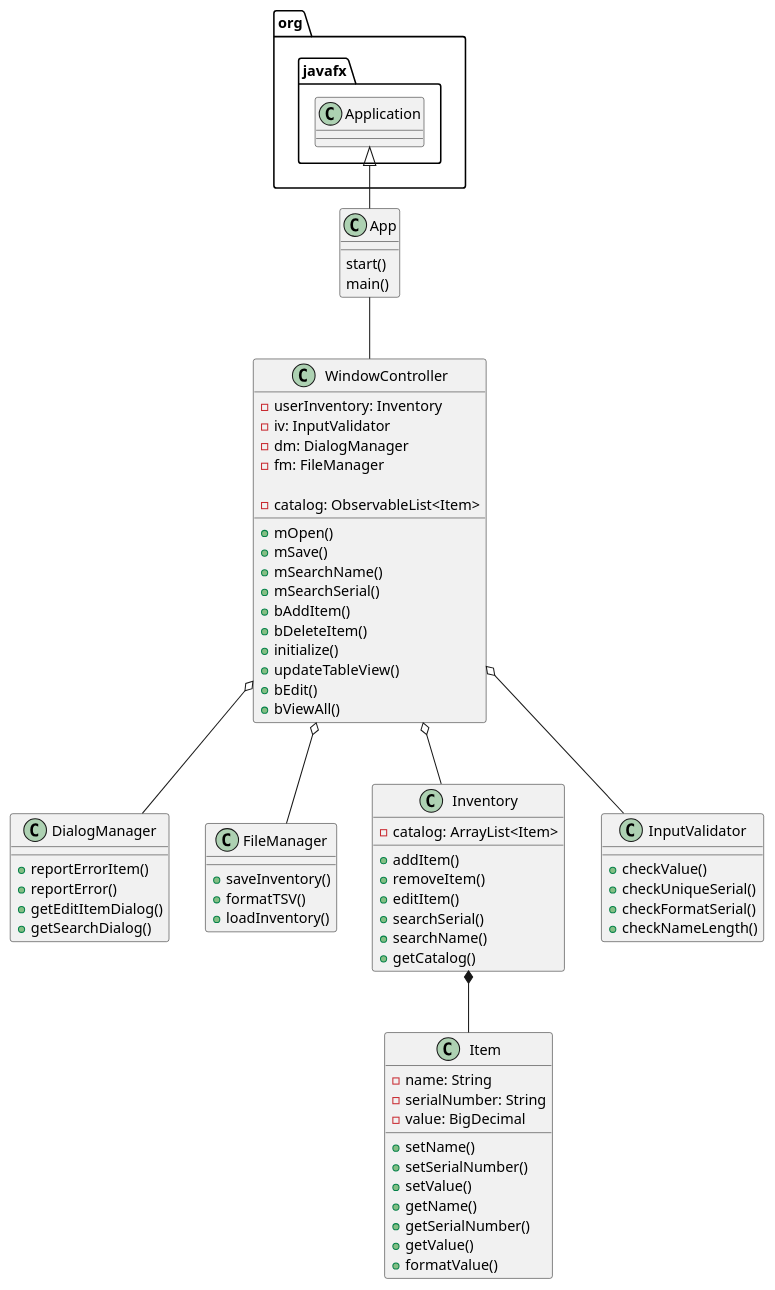
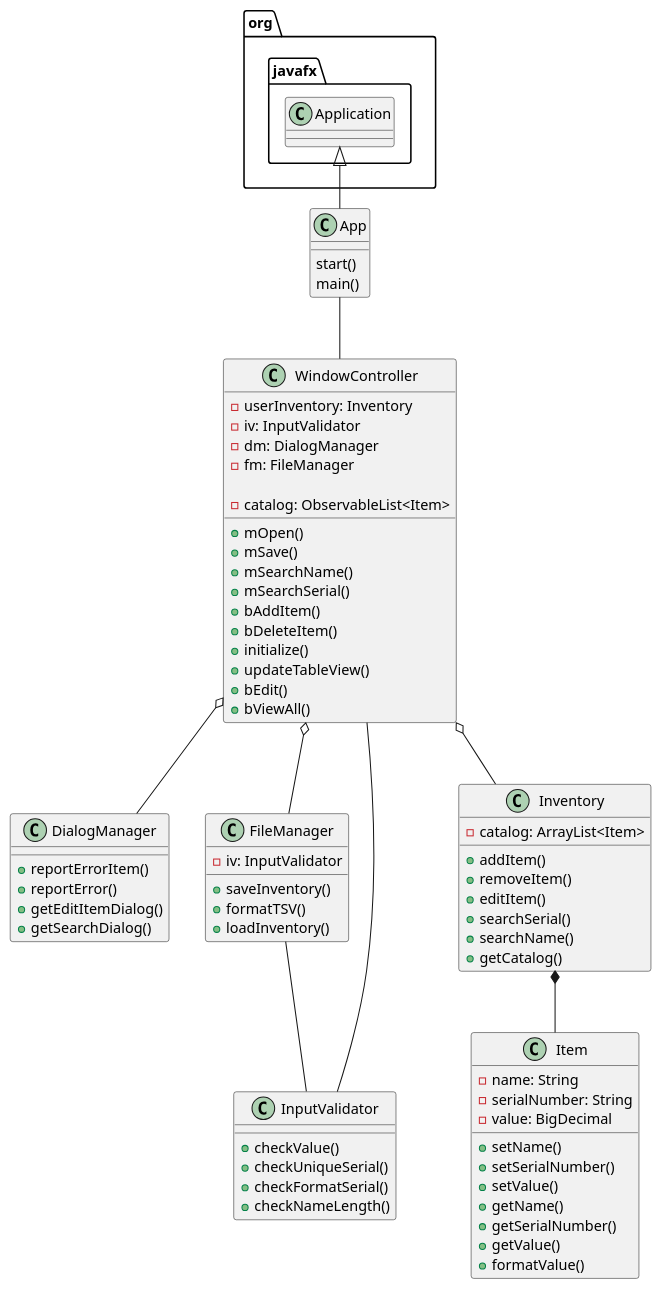
Before and after one commit to kingraham228/Ingraham-7945-a5: the diagram in uml/Inventory.puml, drawn with PlantUML. The commit also changed 3 other files, not shown here.

```diff
--- a/uml/Inventory.puml
+++ b/uml/Inventory.puml
@@ -1,80 +1,82 @@
 @startuml
 class App{
 start()
 main()
 }
 
 class WindowController{
 - userInventory: Inventory
 - iv: InputValidator
 - dm: DialogManager
 - fm: FileManager
 
 - catalog: ObservableList<Item>
 
 +mOpen()
 +mSave()
 +mSearchName()
 +mSearchSerial()
 +bAddItem()
 +bDeleteItem()
 +initialize()
 +updateTableView()
 +bEdit()
 +bViewAll()
 
 }
 
 class DialogManager{
 +reportErrorItem()
 +reportError()
 +getEditItemDialog()
 +getSearchDialog()
 }
 
 class FileManager{
+-iv: InputValidator
 +saveInventory()
 +formatTSV()
 +loadInventory()
 }
 
 class Inventory{
 - catalog: ArrayList<Item>
 
 +addItem()
 +removeItem()
 +editItem()
 +searchSerial()
 +searchName()
 +getCatalog()
 }
 
 class Item{
 -name: String
 -serialNumber: String
 -value: BigDecimal
 
 +setName()
 +setSerialNumber()
 +setValue()
 +getName()
 +getSerialNumber()
 +getValue()
 +formatValue()
 }
 
 class InputValidator{
 + checkValue()
 + checkUniqueSerial()
 + checkFormatSerial()
 + checkNameLength()
 }
 
 org.javafx.Application <|-- App
 App -- WindowController
 WindowController o-- DialogManager
 WindowController o-- FileManager
 WindowController o-- Inventory
 Inventory *-- Item
-WindowController o-- InputValidator
+WindowController -- InputValidator
+FileManager --InputValidator
 @enduml
```
